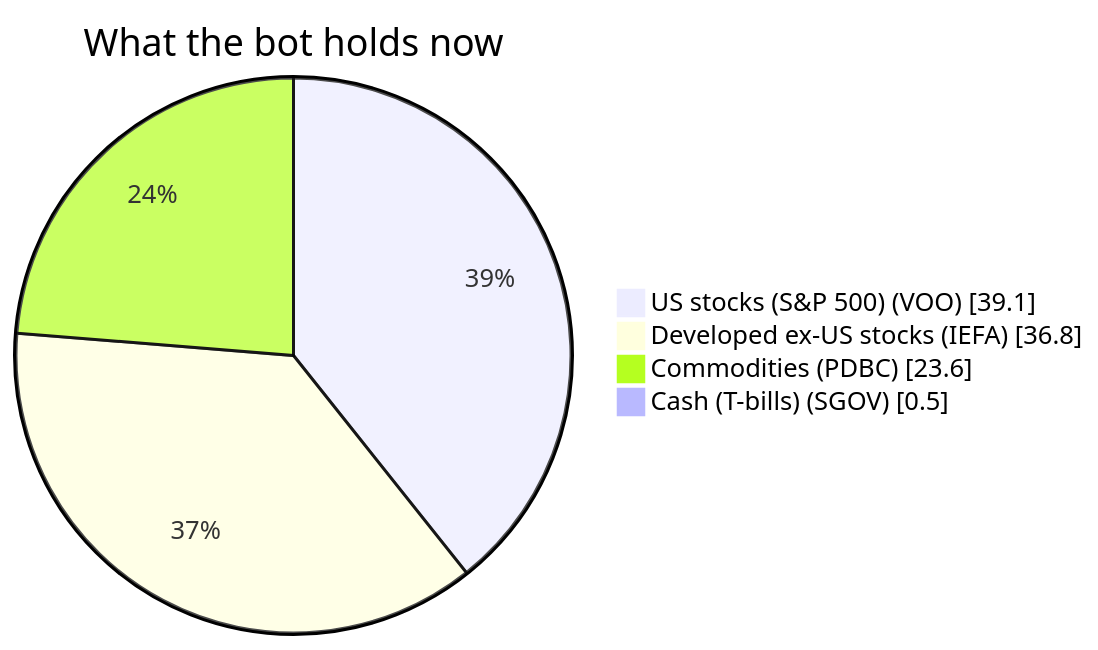
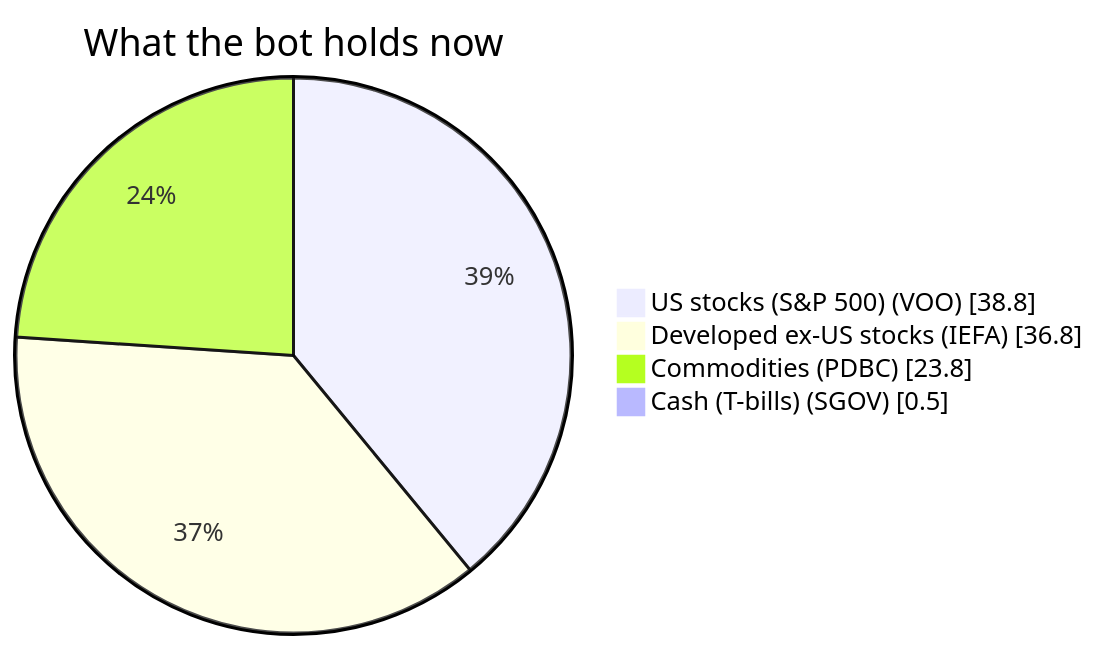
The first of 2 diagrams in 00 - Bot Dashboard.md (owlpowell50-creator/trading-bot), drawn with Mermaid before and after one commit. The commit also changed other lines of this file and 13 other files, not shown here.

````diff
--- a/00 - Bot Dashboard.md
+++ b/00 - Bot Dashboard.md
@@ -43,7 +43,7 @@
 ```mermaid
 pie showData title What the bot holds now
-    "US stocks (S&P 500) (VOO)" : 39.1
+    "US stocks (S&P 500) (VOO)" : 38.8
     "Developed ex-US stocks (IEFA)" : 36.8
-    "Commodities (PDBC)" : 23.6
+    "Commodities (PDBC)" : 23.8
     "Cash (T-bills) (SGOV)" : 0.5
 ```
````
